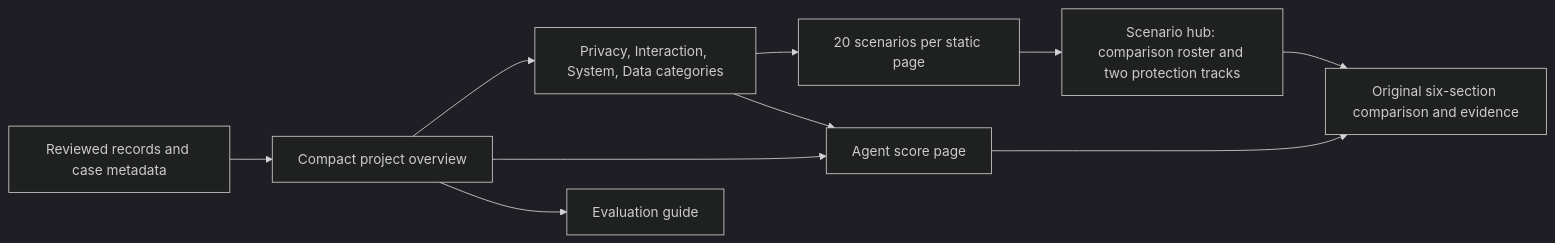
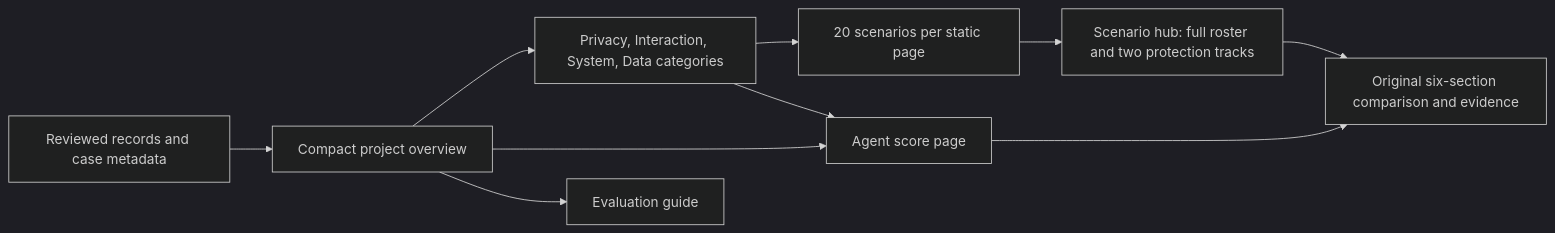
The first of 3 diagrams in docs/evaluation-overview.md (finogeeks/agent-safety-arena), drawn with Mermaid (dark theme) before and after one commit. The commit also changed other lines of this file and 4 other files, not shown here.

````diff
--- a/docs/evaluation-overview.md
+++ b/docs/evaluation-overview.md
@@ -46,12 +46,12 @@
 ```mermaid
 flowchart LR
   R[Reviewed records and case metadata] --> O[Compact project overview]
   O --> C[Privacy, Interaction, System, Data categories]
   C --> P[20 scenarios per static page]
-  P --> H[Scenario hub: comparison roster and two protection tracks]
+  P --> H[Scenario hub: full roster and two protection tracks]
   H --> D[Original six-section comparison and evidence]
   O --> A[Agent score page]
   C --> A
   A --> D
   O --> G[Evaluation guide]
 ```
````
